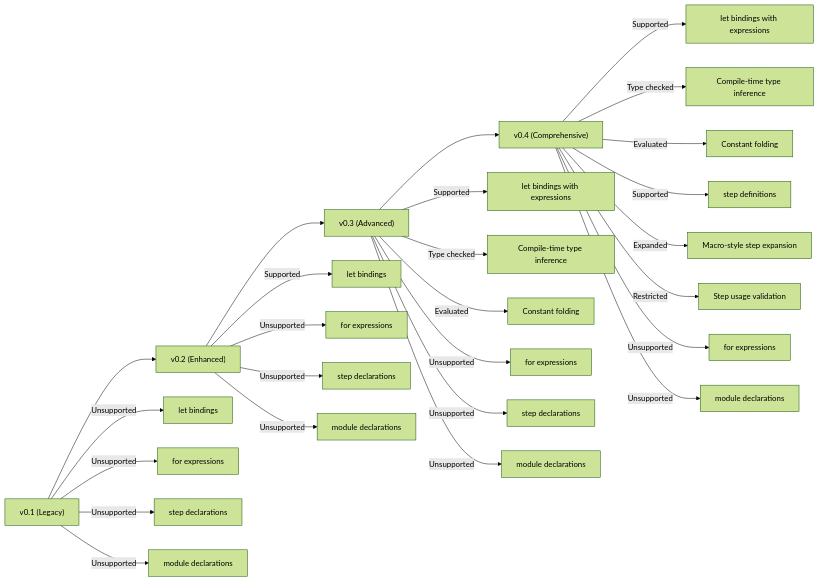
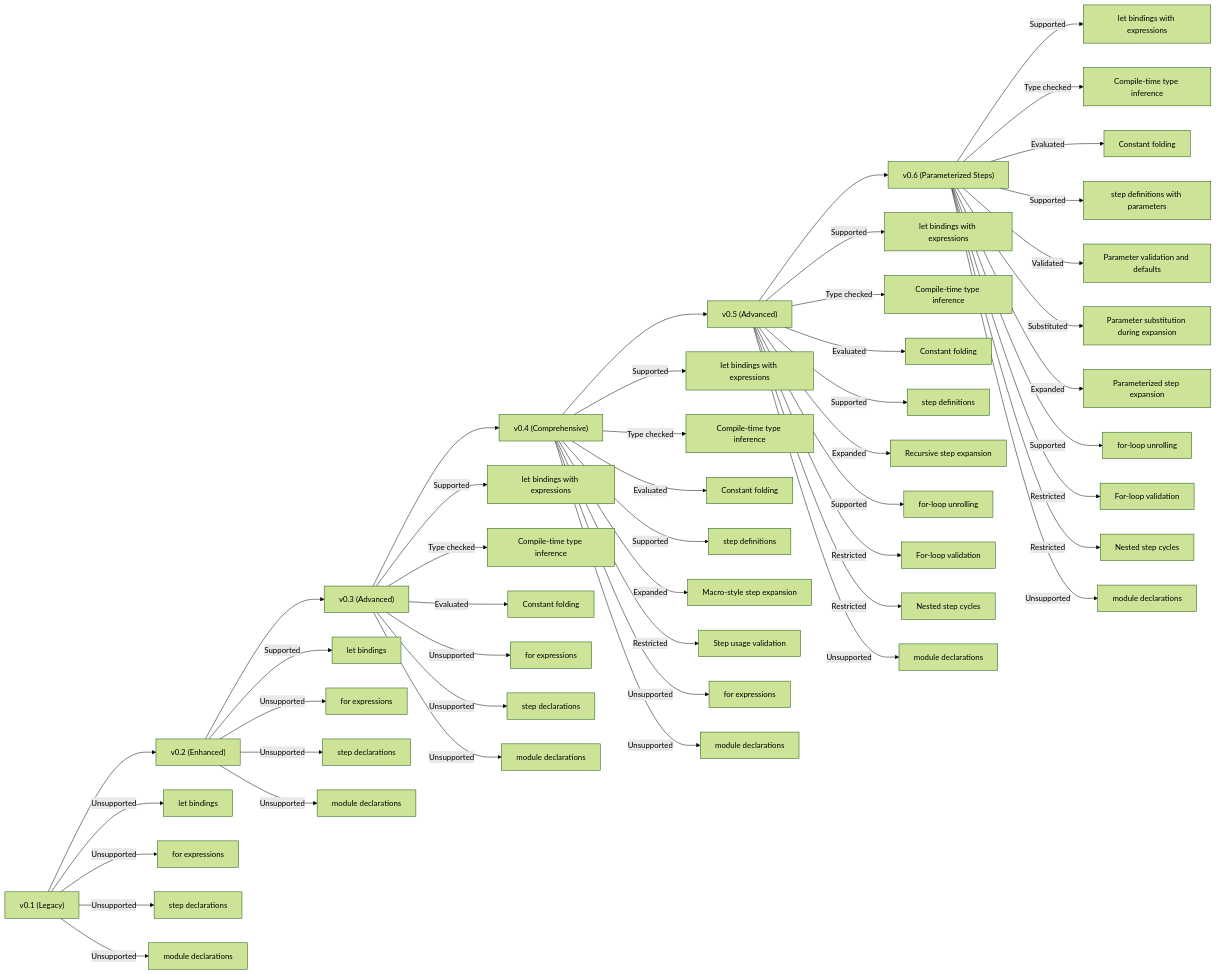
One commit to ahmednour1430464/dotdevops changed diagram 16 of 18 in .qoder/repowiki/en/content/.devops Language Reference/Compilation Pipeline.md. Above: the diagram before and after it, drawn with Mermaid (forest theme). The commit also changed other lines of this file and 12 other files, not shown here.

First line of the commit message:
feat(devlang): add v0.5 for-loop and nested step support

````diff
--- a/.qoder/repowiki/en/content/.devops Language Reference/Compilation Pipeline.md
+++ b/.qoder/repowiki/en/content/.devops Language Reference/Compilation Pipeline.md
@@ -778,28 +1133,50 @@
 ```mermaid
 flowchart LR
 V1["v0.1 (Legacy)"] --> V2["v0.2 (Enhanced)"]
 V2 --> V3["v0.3 (Advanced)"]
 V3 --> V4["v0.4 (Comprehensive)"]
+V4 --> V5["v0.5 (Advanced)"]
+V5 --> V6["v0.6 (Parameterized Steps)"]
 V1 --> |"Unsupported"| L1["let bindings"]
 V1 --> |"Unsupported"| C1["for expressions"]
 V1 --> |"Unsupported"| S1["step declarations"]
 V1 --> |"Unsupported"| M1["module declarations"]
 V2 --> |"Supported"| L2["let bindings"]
 V2 --> |"Unsupported"| C2["for expressions"]
 V2 --> |"Unsupported"| S2["step declarations"]
 V2 --> |"Unsupported"| M2["module declarations"]
 V3 --> |"Supported"| L3["let bindings with expressions"]
 V3 --> |"Type checked"| T3["Compile-time type inference"]
 V3 --> |"Evaluated"| E3["Constant folding"]
 V3 --> |"Unsupported"| C3["for expressions"]
 V3 --> |"Unsupported"| S3["step declarations"]
 V3 --> |"Unsupported"| M3["module declarations"]
 V4 --> |"Supported"| L4["let bindings with expressions"]
 V4 --> |"Type checked"| T4["Compile-time type inference"]
 V4 --> |"Evaluated"| E4["Constant folding"]
 V4 --> |"Supported"| S4["step definitions"]
 V4 --> |"Expanded"| X4["Macro-style step expansion"]
 V4 --> |"Restricted"| R4["Step usage validation"]
 V4 --> |"Unsupported"| C4["for expressions"]
 V4 --> |"Unsupported"| M4["module declarations"]
+V5 --> |"Supported"| L5["let bindings with expressions"]
+V5 --> |"Type checked"| T5["Compile-time type inference"]
+V5 --> |"Evaluated"| E5["Constant folding"]
+V5 --> |"Supported"| S5["step definitions"]
+V5 --> |"Expanded"| X5["Recursive step expansion"]
+V5 --> |"Supported"| F5["for-loop unrolling"]
+V5 --> |"Restricted"| R5["For-loop validation"]
+V5 --> |"Restricted"| C5["Nested step cycles"]
+V5 --> |"Unsupported"| M5["module declarations"]
+V6 --> |"Supported"| L6["let bindings with expressions"]
+V6 --> |"Type checked"| T6["Compile-time type inference"]
+V6 --> |"Evaluated"| E6["Constant folding"]
+V6 --> |"Supported"| S6["step definitions with parameters"]
+V6 --> |"Validated"| P6["Parameter validation and defaults"]
+V6 --> |"Substituted"| SUB6["Parameter substitution during expansion"]
+V6 --> |"Expanded"| X6["Parameterized step expansion"]
+V6 --> |"Supported"| F6["for-loop unrolling"]
+V6 --> |"Restricted"| R6["For-loop validation"]
+V6 --> |"Restricted"| C6["Nested step cycles"]
+V6 --> |"Unsupported"| M6["module declarations"]
 ```
````
